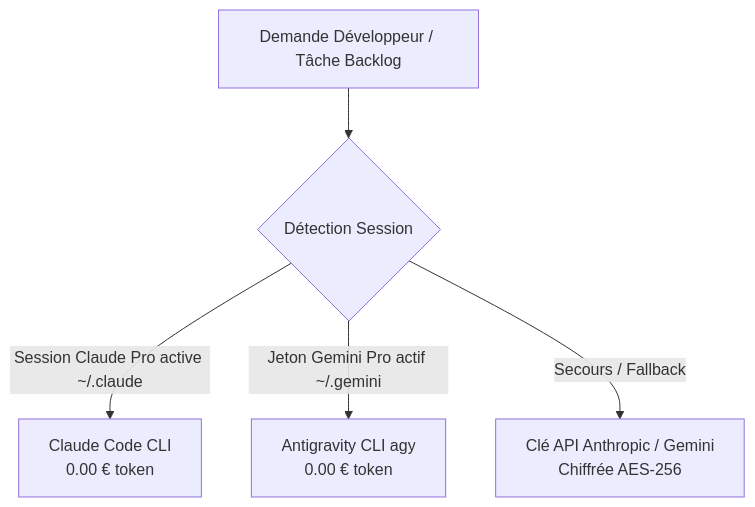
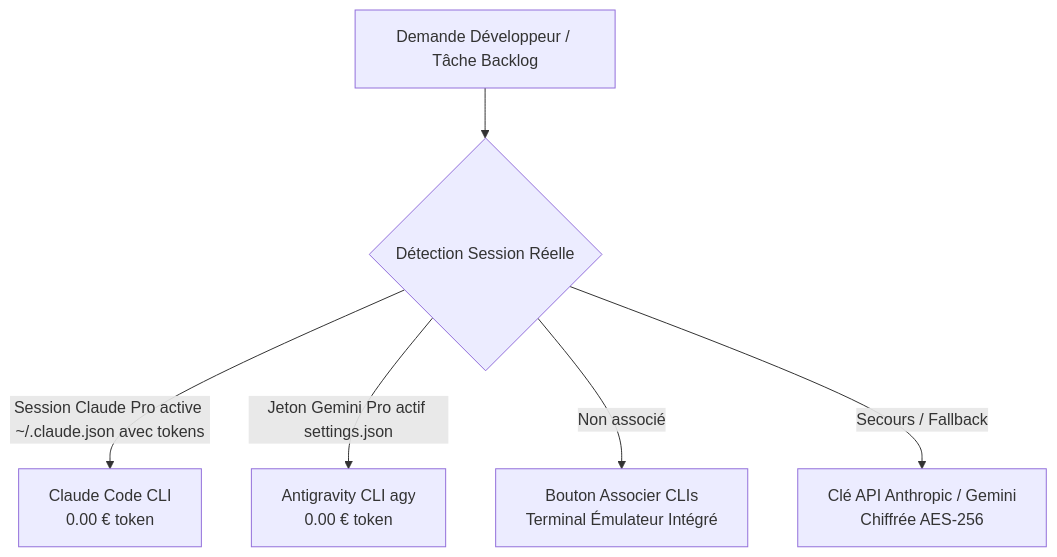
Before and after one commit to anotsu/vibeflow-studio: the diagram in obsidian-vault/VibeFlow/02_Architecture_Systeme.md, drawn with Mermaid. The commit also changed other lines of this file and 12 other files, not shown here.

Commit message:
fix(cli): eliminate false positive CLI association status and fix terminal opening in all views

````diff
--- a/obsidian-vault/VibeFlow/02_Architecture_Systeme.md
+++ b/obsidian-vault/VibeFlow/02_Architecture_Systeme.md
@@ -75,7 +75,8 @@
 ```mermaid
 flowchart TD
-    Prompt[Demande Développeur / Tâche Backlog] --> Router{Détection Session}
-    Router -->|Session Claude Pro active ~/.claude| ClaudeCLI[Claude Code CLI\n0.00 € token]
-    Router -->|Jeton Gemini Pro actif ~/.gemini| AgyCLI[Antigravity CLI agy\n0.00 € token]
+    Prompt[Demande Développeur / Tâche Backlog] --> Router{Détection Session Réelle}
+    Router -->|Session Claude Pro active ~/.claude.json avec tokens| ClaudeCLI[Claude Code CLI\n0.00 € token]
+    Router -->|Jeton Gemini Pro actif settings.json| AgyCLI[Antigravity CLI agy\n0.00 € token]
+    Router -->|Non associé| SetupRequired[Bouton Associer CLIs\nTerminal Émulateur Intégré]
     Router -->|Secours / Fallback| Fallback[Clé API Anthropic / Gemini\nChiffrée AES-256]
 ```
````
